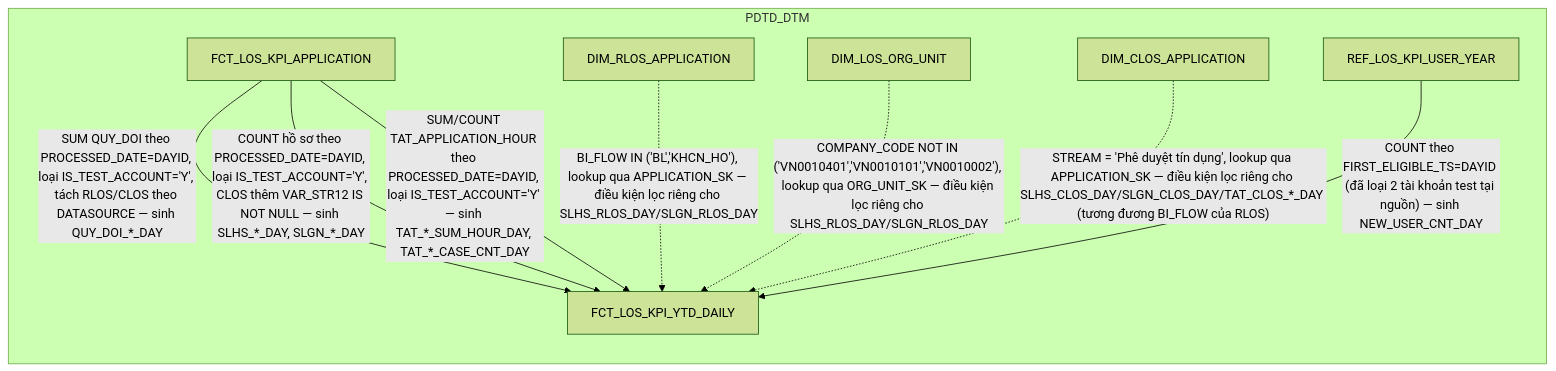
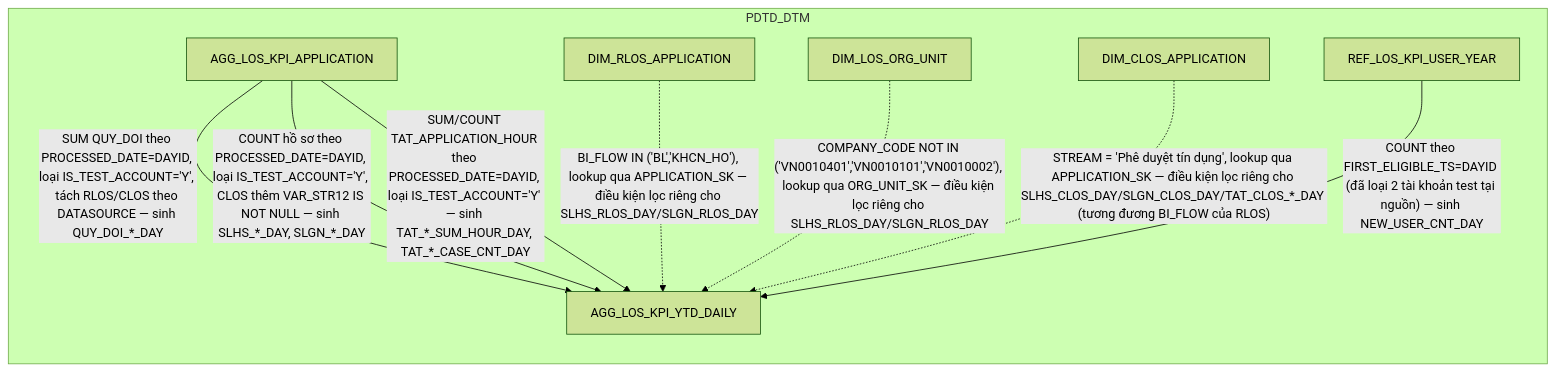
The first of 17 diagrams in hld/HLD_FCT_PDTD_DTM.md (chien1198/sb-mapping-gen), drawn with Mermaid (forest theme) before and after one commit. The commit also changed other lines of this file and 113 other files, not shown here.

````diff
--- a/hld/HLD_FCT_PDTD_DTM.md
+++ b/hld/HLD_FCT_PDTD_DTM.md
@@ -15,18 +22,18 @@
 ```mermaid
 flowchart LR
     subgraph PDTD_DTM
-        A["FCT_LOS_KPI_APPLICATION"]
+        A["AGG_LOS_KPI_APPLICATION"]
         D1["DIM_RLOS_APPLICATION"]
         D3["DIM_CLOS_APPLICATION"]
         D2["DIM_LOS_ORG_UNIT"]
         M["REF_LOS_KPI_USER_YEAR"]
-        F["FCT_LOS_KPI_YTD_DAILY"]
+        F["AGG_LOS_KPI_YTD_DAILY"]
     end
     A -->|"SUM QUY_DOI theo PROCESSED_DATE=DAYID, loại IS_TEST_ACCOUNT='Y', tách RLOS/CLOS theo DATASOURCE — sinh QUY_DOI_*_DAY"| F
     A -->|"COUNT hồ sơ theo PROCESSED_DATE=DAYID, loại IS_TEST_ACCOUNT='Y', CLOS thêm VAR_STR12 IS NOT NULL — sinh SLHS_*_DAY, SLGN_*_DAY"| F
     D1 -.->|"BI_FLOW IN ('BL','KHCN_HO'), lookup qua APPLICATION_SK — điều kiện lọc riêng cho SLHS_RLOS_DAY/SLGN_RLOS_DAY"| F
     D2 -.->|"COMPANY_CODE NOT IN ('VN0010401','VN0010101','VN0010002'), lookup qua ORG_UNIT_SK — điều kiện lọc riêng cho SLHS_RLOS_DAY/SLGN_RLOS_DAY"| F
     D3 -.->|"STREAM = 'Phê duyệt tín dụng', lookup qua APPLICATION_SK — điều kiện lọc riêng cho SLHS_CLOS_DAY/SLGN_CLOS_DAY/TAT_CLOS_*_DAY (tương đương BI_FLOW của RLOS)"| F
     A -->|"SUM/COUNT TAT_APPLICATION_HOUR theo PROCESSED_DATE=DAYID, loại IS_TEST_ACCOUNT='Y' — sinh TAT_*_SUM_HOUR_DAY, TAT_*_CASE_CNT_DAY"| F
     M -->|"COUNT theo FIRST_ELIGIBLE_TS=DAYID (đã loại 2 tài khoản test tại nguồn) — sinh NEW_USER_CNT_DAY"| F
 ```
````
